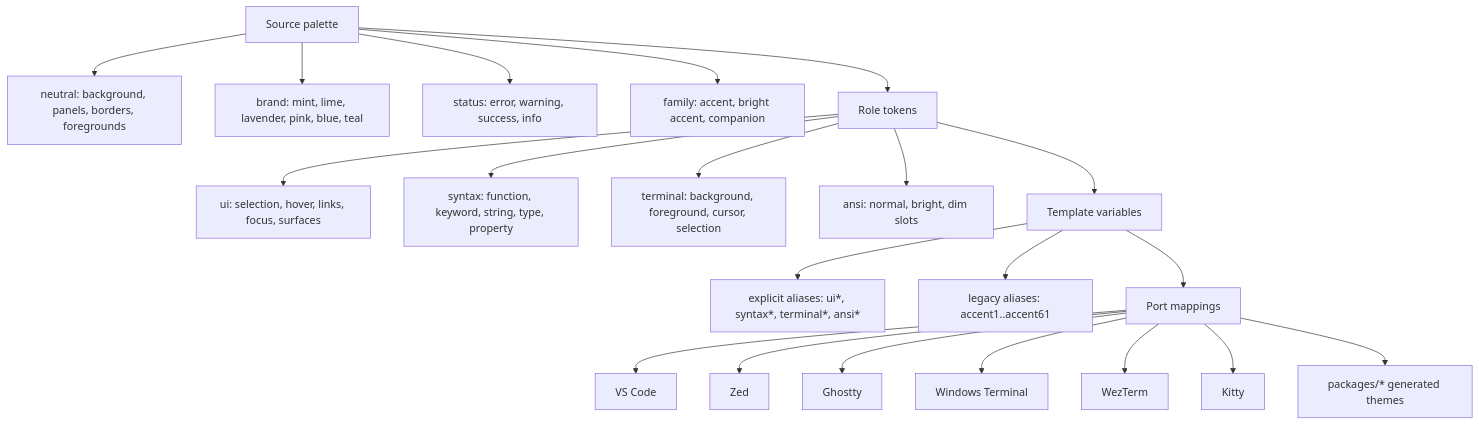
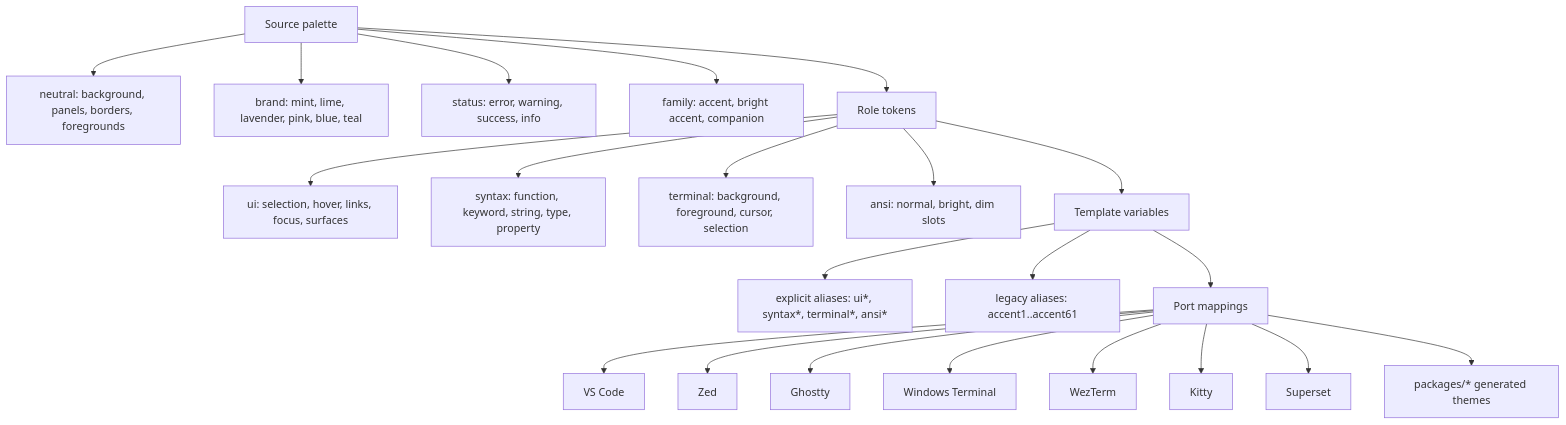
The diagram in docs/COLOR_ARCHITECTURE.md (yukiumi13/aura-theme-2026), drawn with Mermaid before and after one commit. The commit also changed other lines of this file and 35 other files, not shown here.

````diff
--- a/docs/COLOR_ARCHITECTURE.md
+++ b/docs/COLOR_ARCHITECTURE.md
@@ -7,28 +7,29 @@
 ```mermaid
 flowchart TD
   A[Source palette] --> A1[neutral: background, panels, borders, foregrounds]
   A --> A2[brand: mint, lime, lavender, pink, blue, teal]
   A --> A3[status: error, warning, success, info]
   A --> A4[family: accent, bright accent, companion]
 
   A --> B[Role tokens]
 
   B --> B1[ui: selection, hover, links, focus, surfaces]
   B --> B2[syntax: function, keyword, string, type, property]
   B --> B3[terminal: background, foreground, cursor, selection]
   B --> B4[ansi: normal, bright, dim slots]
 
   B --> C[Template variables]
   C --> C1[explicit aliases: ui*, syntax*, terminal*, ansi*]
   C --> C2[legacy aliases: accent1..accent61]
 
   C --> D[Port mappings]
   D --> D1[VS Code]
   D --> D2[Zed]
   D --> D3[Ghostty]
   D --> D4[Windows Terminal]
   D --> D5[WezTerm]
   D --> D6[Kitty]
+  D --> D7[Superset]
 
   D --> E[packages/* generated themes]
 ```
````
